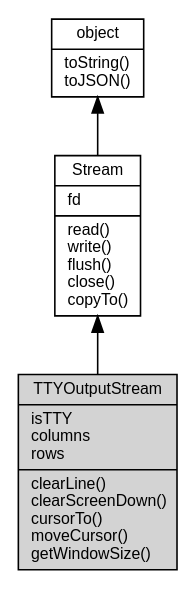
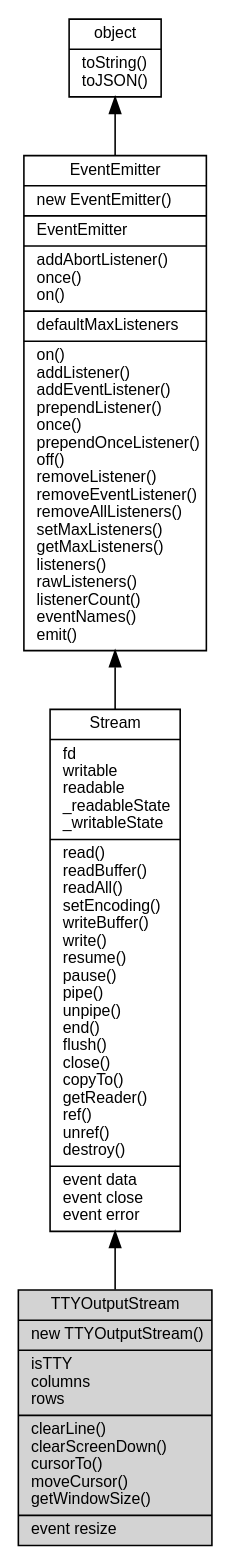
Before and after one commit to fibjs/fibjs.org: the diagram in docs/manual/object/ifs/TTYOutputStream.md, drawn with Graphviz. The commit also changed other lines of this file and 148 other files, not shown here.

First line of the commit message:
feat: add ZlibCodec documentation and update object graph

````diff
--- a/docs/manual/object/ifs/TTYOutputStream.md
+++ b/docs/manual/object/ifs/TTYOutputStream.md
@@ -12,12 +12,14 @@
 ```dot
 digraph {
     node [fontname="Helvetica,sans-Serif", fontsize=10, shape="record", style="filled", fillcolor="white"];
 
     object [tooltip="object", URL="object.md", label="{object|toString()\ltoJSON()\l}"];
-    Stream [tooltip="Stream", URL="Stream.md", label="{Stream|fd\l|read()\lwrite()\lflush()\lclose()\lcopyTo()\l}"];
-    TTYOutputStream [tooltip="TTYOutputStream", fillcolor="lightgray", id="me", label="{TTYOutputStream|isTTY\lcolumns\lrows\l|clearLine()\lclearScreenDown()\lcursorTo()\lmoveCursor()\lgetWindowSize()\l}"];
+    EventEmitter [tooltip="EventEmitter", URL="EventEmitter.md", label="{EventEmitter|new EventEmitter()\l|EventEmitter\l|addAbortListener()\lonce()\lon()\l|defaultMaxListeners\l|on()\laddListener()\laddEventListener()\lprependListener()\lonce()\lprependOnceListener()\loff()\lremoveListener()\lremoveEventListener()\lremoveAllListeners()\lsetMaxListeners()\lgetMaxListeners()\llisteners()\lrawListeners()\llistenerCount()\leventNames()\lemit()\l}"];
+    Stream [tooltip="Stream", URL="Stream.md", label="{Stream|fd\lwritable\lreadable\l_readableState\l_writableState\l|read()\lreadBuffer()\lreadAll()\lsetEncoding()\lwriteBuffer()\lwrite()\lresume()\lpause()\lpipe()\lunpipe()\lend()\lflush()\lclose()\lcopyTo()\lgetReader()\lref()\lunref()\ldestroy()\l|event data\levent close\levent error\l}"];
+    TTYOutputStream [tooltip="TTYOutputStream", fillcolor="lightgray", id="me", label="{TTYOutputStream|new TTYOutputStream()\l|isTTY\lcolumns\lrows\l|clearLine()\lclearScreenDown()\lcursorTo()\lmoveCursor()\lgetWindowSize()\l|event resize\l}"];
 
-    object -> Stream [dir=back];
+    object -> EventEmitter [dir=back];
+    EventEmitter -> Stream [dir=back];
     Stream -> TTYOutputStream [dir=back];
 }
 ```
````
